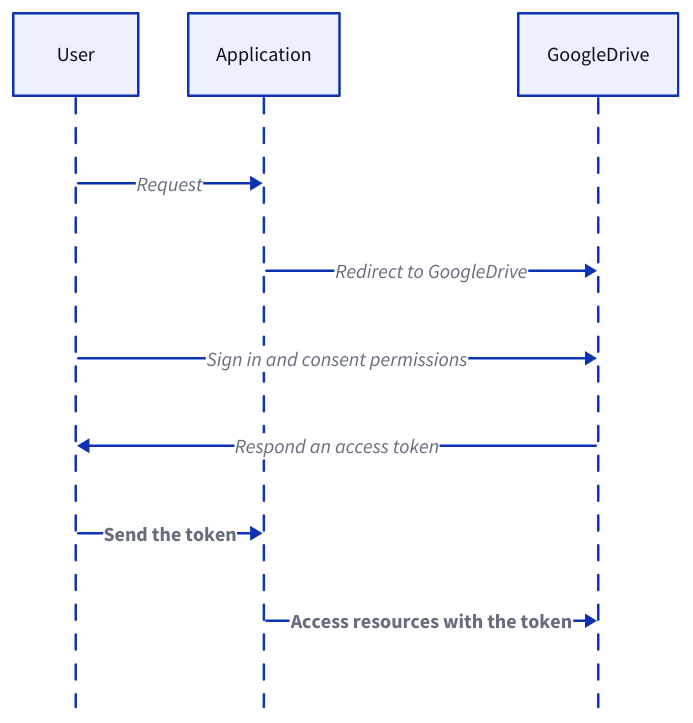
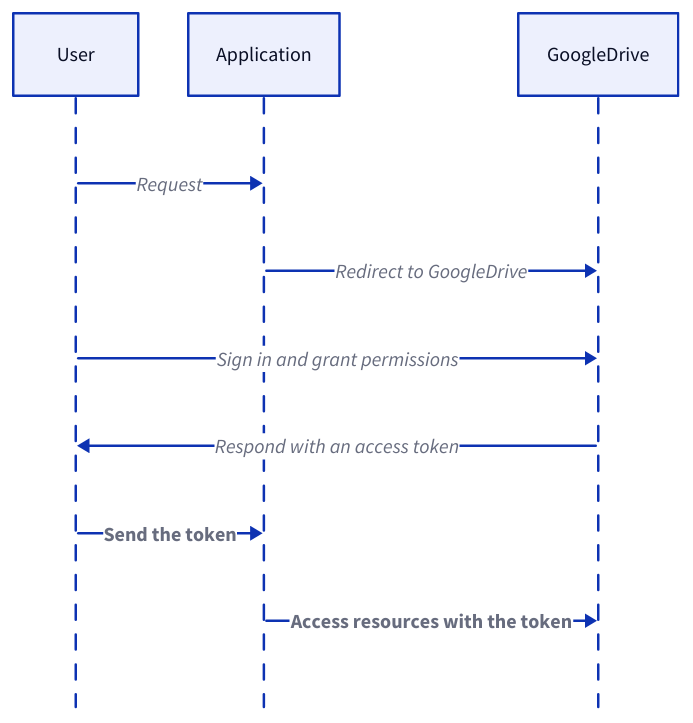
Before and after one commit to link1905/system-design-101: diagram 20 of 26 in content/system-administration/system-protection/iam.md, drawn with D2. The commit also changed other lines of this file and 42 other files, not shown here.

````diff
--- a/content/system-administration/system-protection/iam.md
+++ b/content/system-administration/system-protection/iam.md
@@ -772,22 +765,22 @@
 ```d2
 shape: sequence_diagram
 u: User {
   class: client
 }
 s: Application {
   class: server
 }
 g: GoogleDrive {
   class: google
 }
 u -> s: Request
 s -> g: Redirect to GoogleDrive
-u -> g: Sign in and consent permissions
-g -> u: Respond an access token
+u -> g: Sign in and grant permissions
+g -> u: Respond with an access token
 u -> s: Send the token {
   style.bold: true
 }
 s -> g: Access resources with the token {
   style.bold: true
 }
 ```
````
